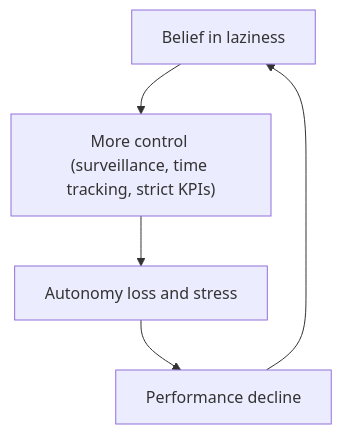
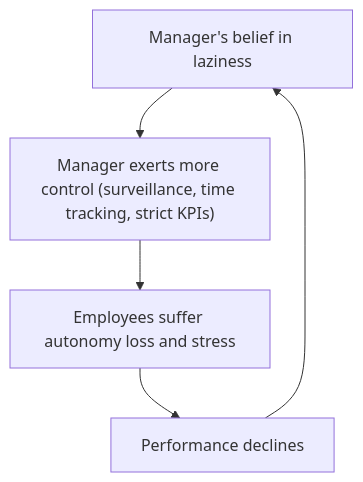
One commit to BeyondQuality/beyondquality changed the diagram in research/laziness.md. Above: the diagram before and after it, drawn with Mermaid. The commit also changed other lines of this file, not shown here.

First line of the commit message:
Clarify control in the vicious loop

````diff
--- a/research/laziness.md
+++ b/research/laziness.md
@@ -36,7 +36,7 @@
 ```mermaid
 flowchart TB
-  A["Belief in laziness"] --> B["More control (surveillance, time tracking, strict KPIs)"]
-  B --> C["Autonomy loss and stress"]
-  C --> D["Performance decline"]
+  A["Manager's belief in laziness"] --> B["Manager exerts more control (surveillance, time tracking, strict KPIs)"]
+  B --> C["Employees suffer autonomy loss and stress"]
+  C --> D["Performance declines"]
   D --> A
 ```
````
